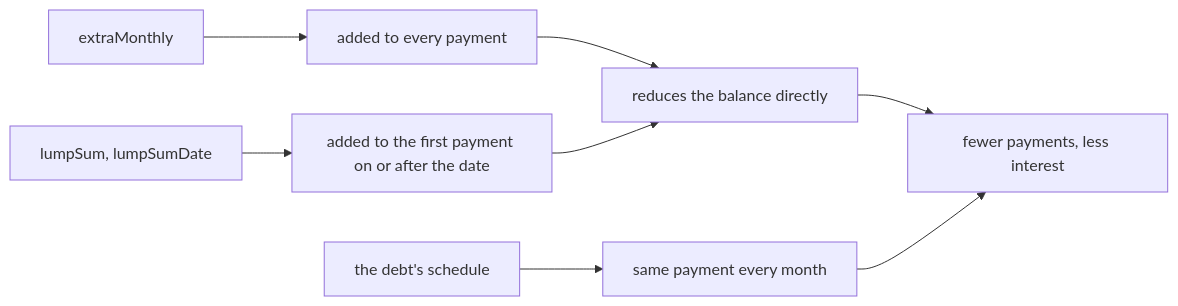
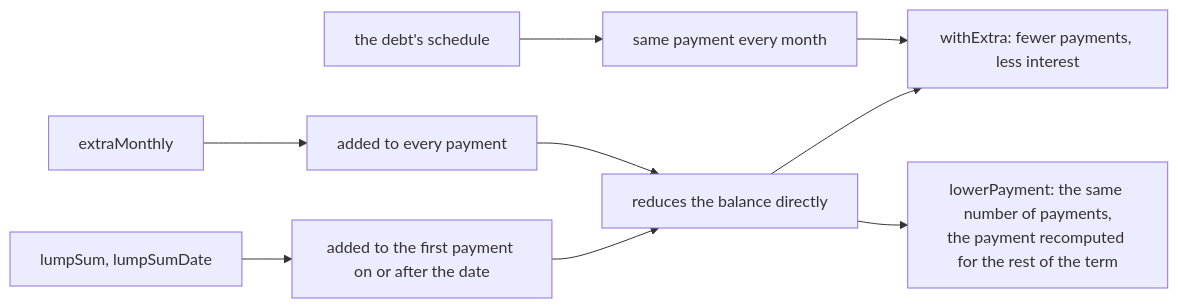
The third of 6 diagrams in docs/features/debt-amortization.md (Justxs/Jx-Finance), drawn with Mermaid before and after one commit. The commit also changed other lines of this file and 22 other files, not shown here.

Commit message:
feat(net-worth): preview a lower payment beside a shorter term for an overpayment

````diff
--- a/docs/features/debt-amortization.md
+++ b/docs/features/debt-amortization.md
@@ -93,10 +96,11 @@
 ```mermaid
 flowchart LR
     Base["the debt's schedule"] --> Same["same payment every month"]
     Monthly["extraMonthly"] --> Each["added to every payment"]
     Lump["lumpSum, lumpSumDate"] --> Once["added to the first payment on or after the date"]
     Each --> Principal["reduces the balance directly"]
     Once --> Principal
-    Principal --> Shorter["fewer payments, less interest"]
+    Principal --> Shorter["withExtra: fewer payments, less interest"]
     Same --> Shorter
+    Principal --> Lower["lowerPayment: the same number of payments,<br/>the payment recomputed for the rest of the term"]
 ```
````
